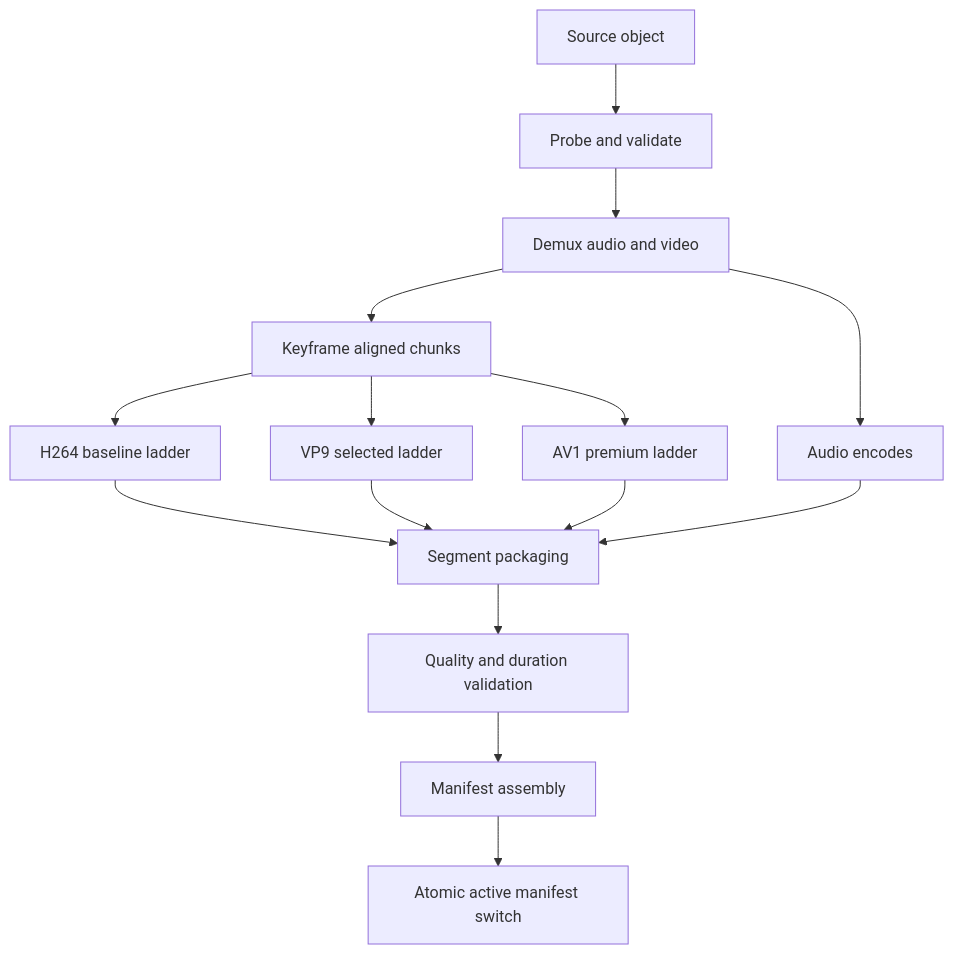
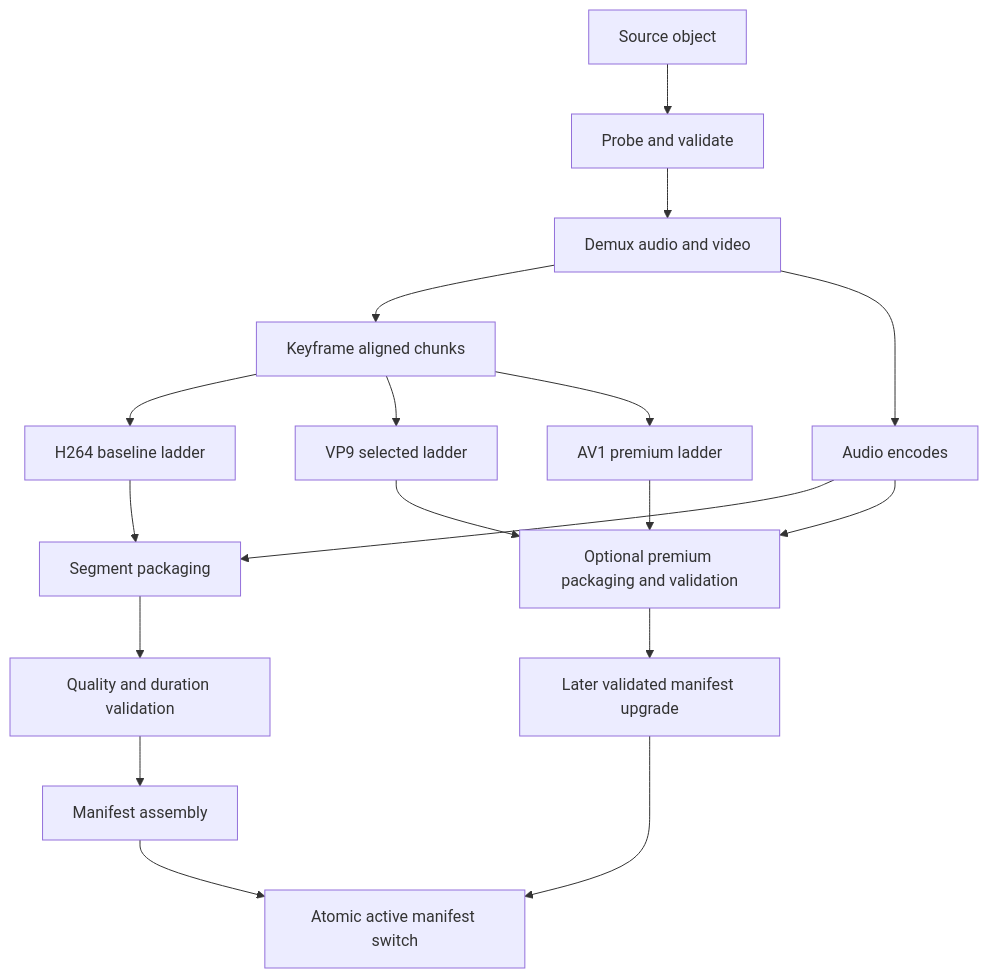
The third of 5 diagrams in youtube-system-design.md (Pranshu258/system-design), drawn with Mermaid before and after one commit. The commit also changed other lines of this file and 23 other files, not shown here.

````diff
--- a/youtube-system-design.md
+++ b/youtube-system-design.md
@@ -221,17 +221,20 @@
 ```mermaid
 flowchart TD
     SRC["Source object"] --> PROBE["Probe and validate"]
     PROBE --> DEMUX["Demux audio and video"]
     DEMUX --> CHUNK["Keyframe aligned chunks"]
     CHUNK --> H264["H264 baseline ladder"]
     CHUNK --> VP9["VP9 selected ladder"]
     CHUNK --> AV1["AV1 premium ladder"]
     DEMUX --> AUD["Audio encodes"]
     H264 --> PKG["Segment packaging"]
-    VP9 --> PKG
-    AV1 --> PKG
+    VP9 --> EXTRA["Optional premium packaging and validation"]
+    AV1 --> EXTRA
     AUD --> PKG
+    AUD --> EXTRA
     PKG --> VAL["Quality and duration validation"]
     VAL --> MAN["Manifest assembly"]
     MAN --> SWITCH["Atomic active manifest switch"]
+    EXTRA --> UPGRADE["Later validated manifest upgrade"]
+    UPGRADE --> SWITCH
 ```
````
